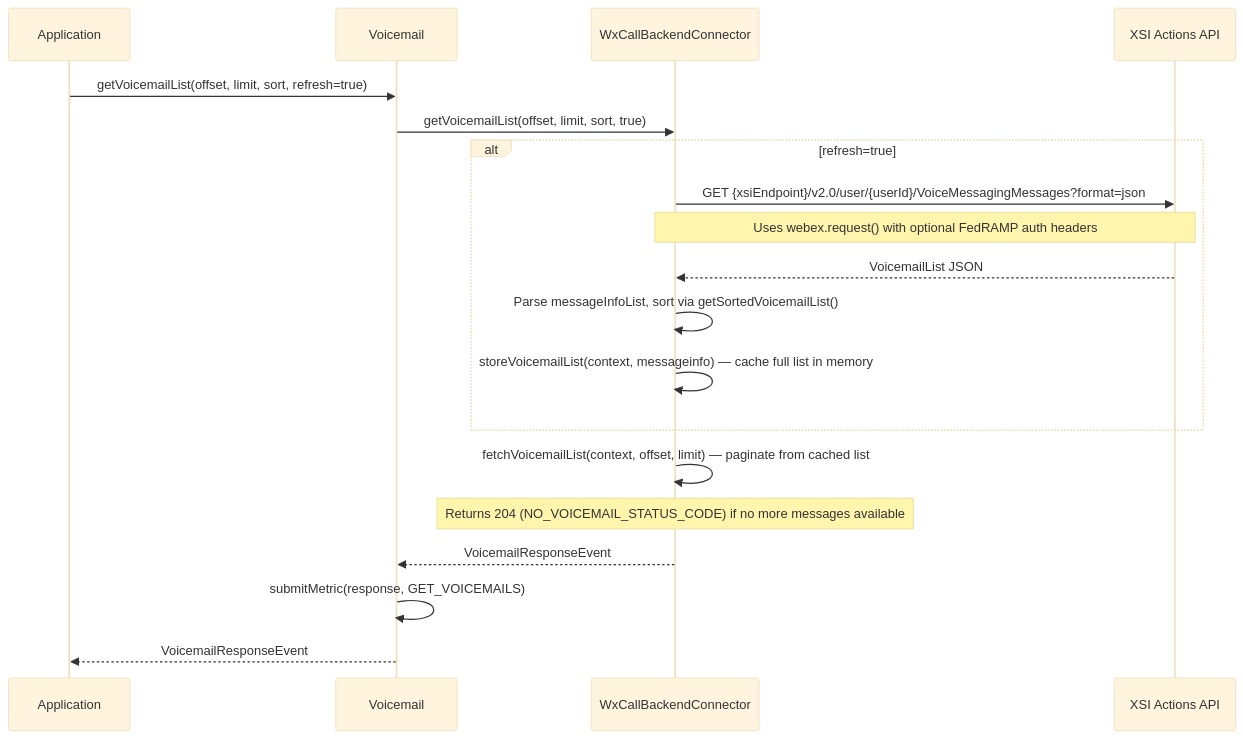
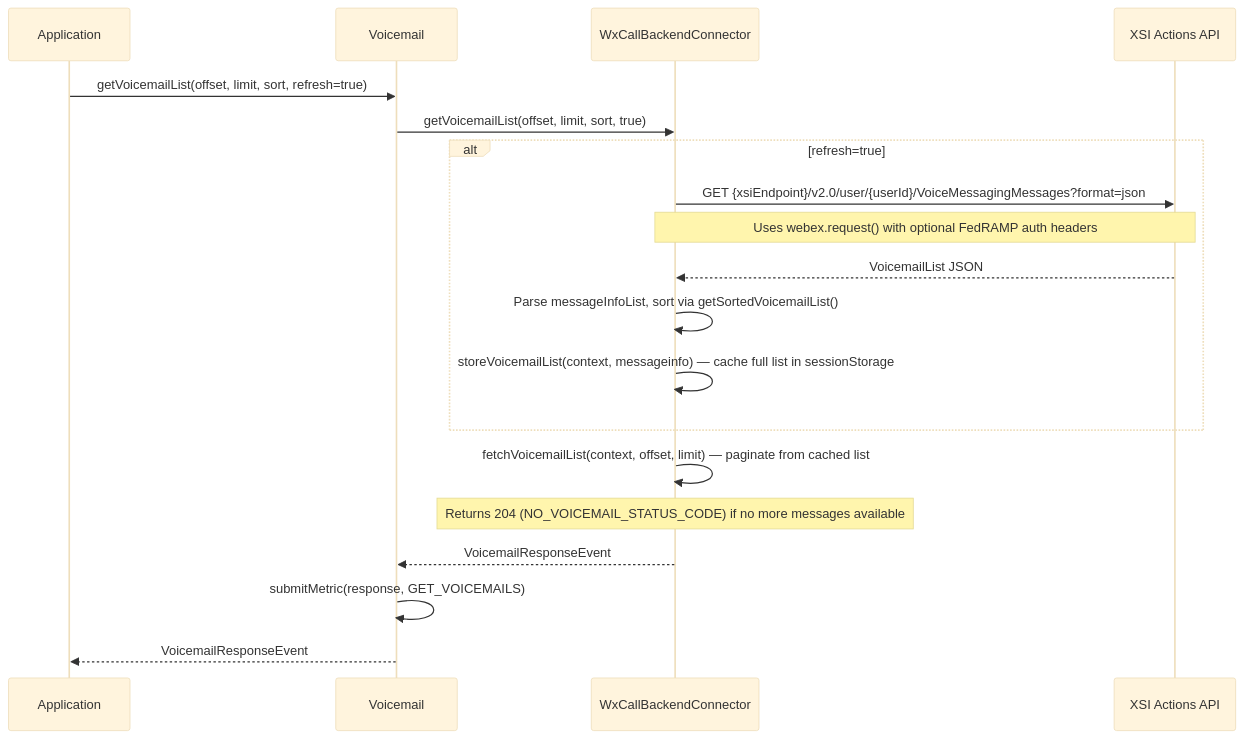
Before and after one commit to webex/webex-js-sdk: the third of 5 diagrams in packages/calling/src/Voicemail/ai-docs/ARCHITECTURE.md, drawn with Mermaid (base theme). The commit also changed other lines of this file and 1 other file, not shown here.

````diff
--- a/packages/calling/src/Voicemail/ai-docs/ARCHITECTURE.md
+++ b/packages/calling/src/Voicemail/ai-docs/ARCHITECTURE.md
@@ -121,25 +121,25 @@
 ```mermaid
 sequenceDiagram
     participant App as Application
     participant VM as Voicemail
     participant WXC as WxCallBackendConnector
     participant XSI as XSI Actions API
 
     App->>VM: getVoicemailList(offset, limit, sort, refresh=true)
     VM->>WXC: getVoicemailList(offset, limit, sort, true)
 
     alt refresh=true
         WXC->>XSI: GET {xsiEndpoint}/v2.0/user/{userId}/VoiceMessagingMessages?format=json
         Note over WXC,XSI: Uses webex.request() with optional FedRAMP auth headers
         XSI-->>WXC: VoicemailList JSON
         WXC->>WXC: Parse messageInfoList, sort via getSortedVoicemailList()
-        WXC->>WXC: storeVoicemailList(context, messageinfo) — cache full list in memory
+        WXC->>WXC: storeVoicemailList(context, messageinfo) — cache full list in sessionStorage
     end
 
     WXC->>WXC: fetchVoicemailList(context, offset, limit) — paginate from cached list
     Note over WXC: Returns 204 (NO_VOICEMAIL_STATUS_CODE) if no more messages available
     WXC-->>VM: VoicemailResponseEvent
 
     VM->>VM: submitMetric(response, GET_VOICEMAILS)
     VM-->>App: VoicemailResponseEvent
 ```
````
